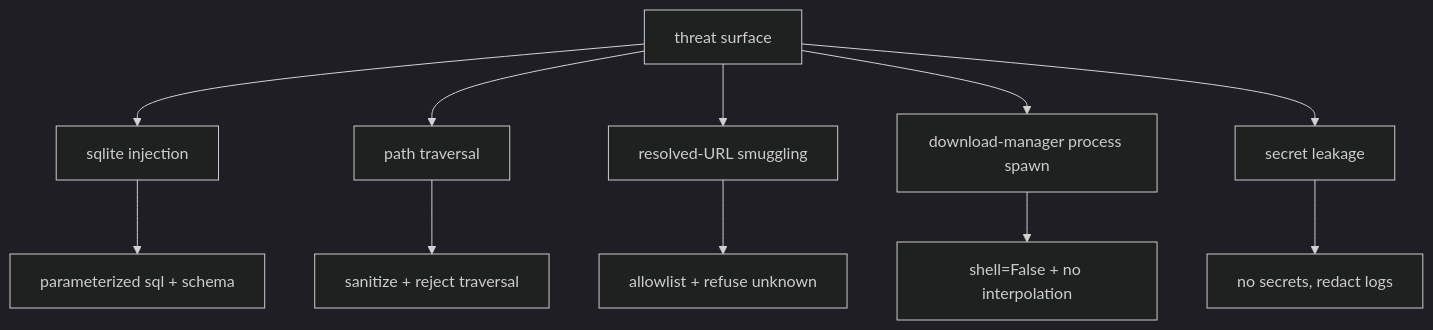
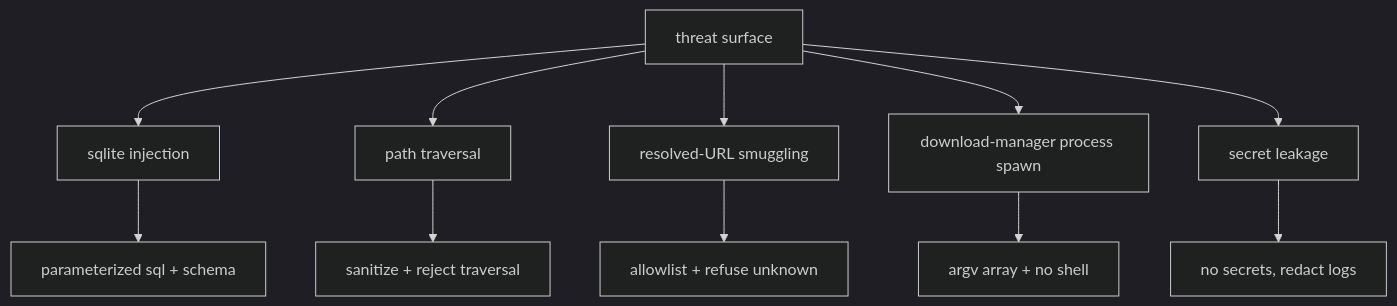
Before and after one commit to HELIX-Origin/LewdZone-Launcher: the diagram in .agents/rules/rule-10-security.md, drawn with Mermaid (dark theme). The commit also changed other lines of this file and 217 other files, not shown here.

````diff
--- a/.agents/rules/rule-10-security.md
+++ b/.agents/rules/rule-10-security.md
@@ -35,14 +36,14 @@
 ```mermaid
 flowchart TD
     A["threat surface"]
     A --> B["sqlite injection"]
     A --> C["path traversal"]
     A --> D["resolved-URL smuggling"]
     A --> E["download-manager process spawn"]
     A --> F["secret leakage"]
     B --> B1["parameterized sql + schema"]
     C --> C1["sanitize + reject traversal"]
     D --> D1["allowlist + refuse unknown"]
-    E --> E1["shell=False + no interpolation"]
+    E --> E1["argv array + no shell"]
     F --> F1["no secrets, redact logs"]
 ```
````
